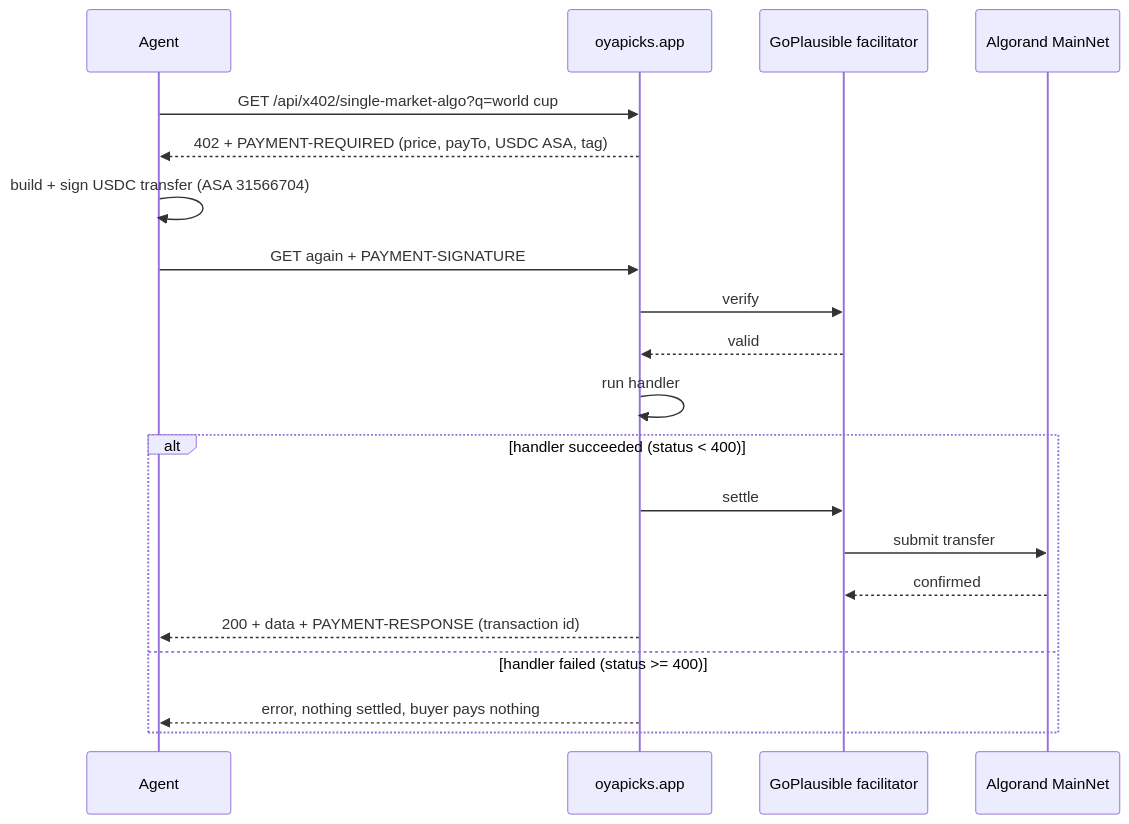
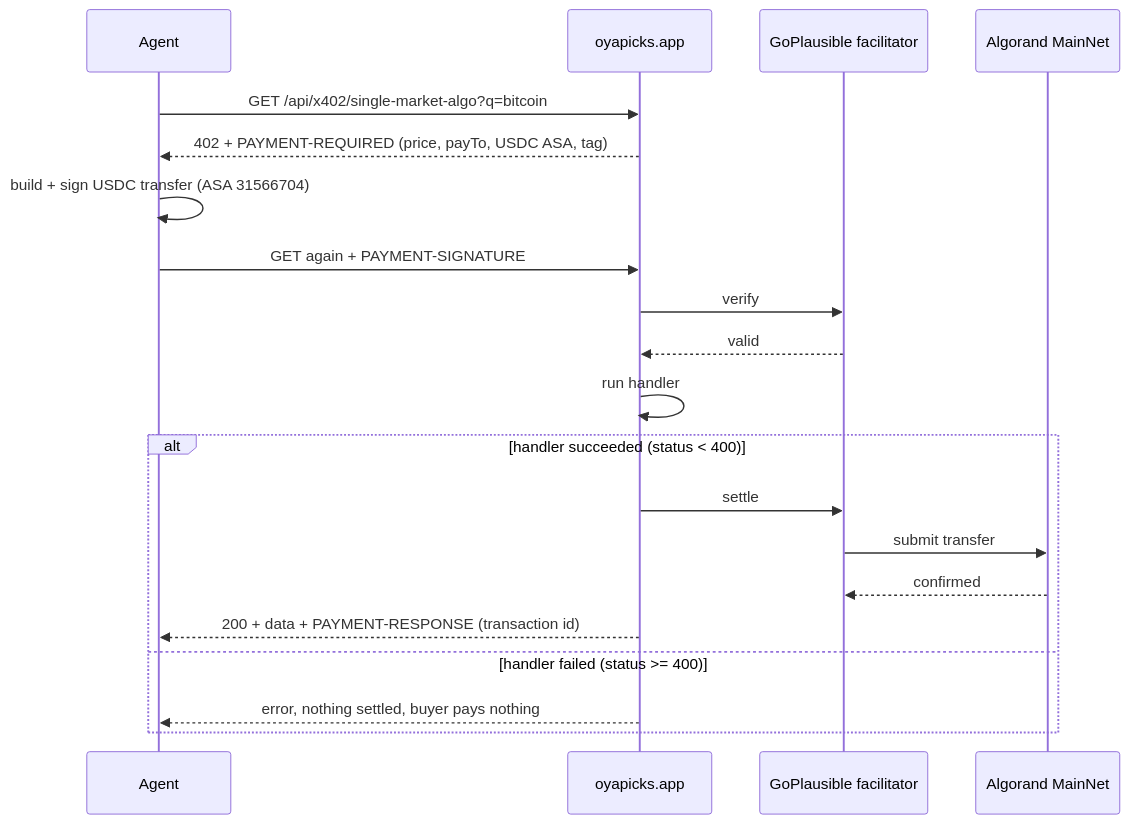
One commit to topdawgyq/oyapicks-x402 changed the diagram in README.md. Above: the diagram before and after it, drawn with Mermaid. The commit also changed other lines of this file and 2 other files, not shown here.

````diff
--- a/README.md
+++ b/README.md
@@ -89,23 +89,23 @@
 ```mermaid
 sequenceDiagram
     participant A as Agent
     participant O as oyapicks.app
     participant F as GoPlausible facilitator
     participant C as Algorand MainNet
 
-    A->>O: GET /api/x402/single-market-algo?q=world cup
+    A->>O: GET /api/x402/single-market-algo?q=bitcoin
     O-->>A: 402 + PAYMENT-REQUIRED (price, payTo, USDC ASA, tag)
     A->>A: build + sign USDC transfer (ASA 31566704)
     A->>O: GET again + PAYMENT-SIGNATURE
     O->>F: verify
     F-->>O: valid
     O->>O: run handler
     alt handler succeeded (status < 400)
         O->>F: settle
         F->>C: submit transfer
         C-->>F: confirmed
         O-->>A: 200 + data + PAYMENT-RESPONSE (transaction id)
     else handler failed (status >= 400)
         O-->>A: error, nothing settled, buyer pays nothing
     end
 ```
````
